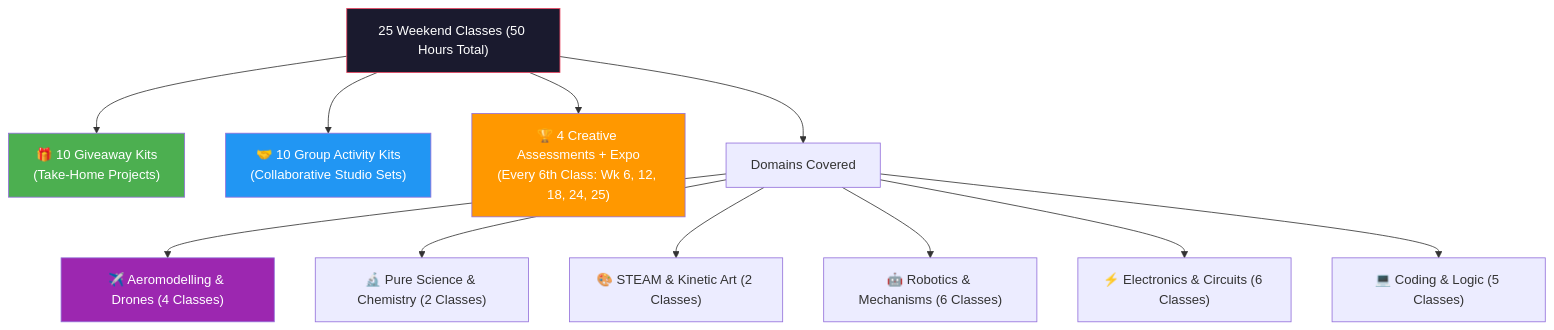
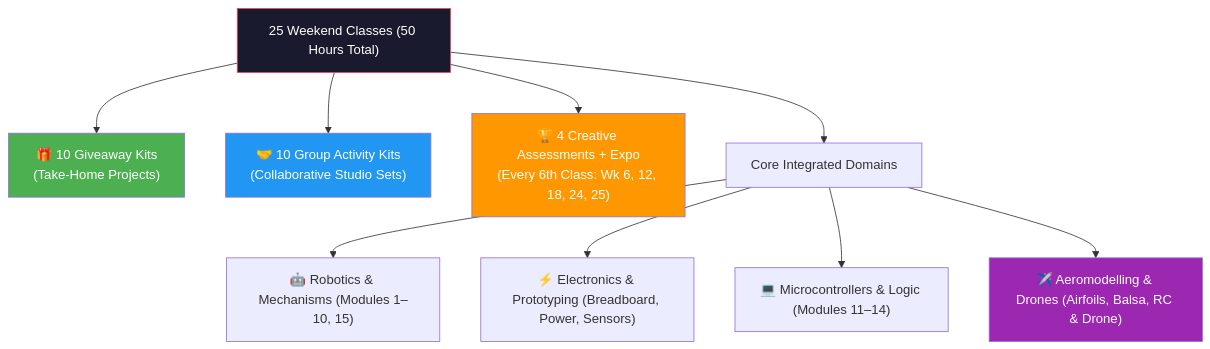
The first of 2 diagrams in Curriculum/GoodSoil_25_Class_Curriculum_Master.md (viz-lab-hue/Good-Soil), drawn with Mermaid before and after one commit. The commit also changed other lines of this file and 12 other files, not shown here.

````diff
--- a/Curriculum/GoodSoil_25_Class_Curriculum_Master.md
+++ b/Curriculum/GoodSoil_25_Class_Curriculum_Master.md
@@ -12,21 +13,19 @@
 ```mermaid
 graph TD
     TOT["25 Weekend Classes (50 Hours Total)"]
     TOT --> GIV["🎁 10 Giveaway Kits<br/>(Take-Home Projects)"]
     TOT --> GRP["🤝 10 Group Activity Kits<br/>(Collaborative Studio Sets)"]
     TOT --> ASS["🏆 4 Creative Assessments + Expo<br/>(Every 6th Class: Wk 6, 12, 18, 24, 25)"]
 
-    TOT --> DOM["Domains Covered"]
-    DOM --> AERO["✈️ Aeromodelling & Drones (4 Classes)"]
-    DOM --> SCI["🔬 Pure Science & Chemistry (2 Classes)"]
-    DOM --> ART["🎨 STEAM & Kinetic Art (2 Classes)"]
-    DOM --> ROB["🤖 Robotics & Mechanisms (6 Classes)"]
-    DOM --> ELEC["⚡ Electronics & Circuits (6 Classes)"]
-    DOM --> COD["💻 Coding & Logic (5 Classes)"]
+    TOT --> DOM["Core Integrated Domains"]
+    DOM --> ROB["🤖 Robotics & Mechanisms (Modules 1–10, 15)"]
+    DOM --> ELEC["⚡ Electronics & Prototyping (Breadboard, Power, Sensors)"]
+    DOM --> MCU["💻 Microcontrollers & Logic (Modules 11–14)"]
+    DOM --> AERO["✈️ Aeromodelling & Drones (Airfoils, Balsa, RC & Drone)"]
 
     style TOT fill:#1a1a2e,color:#fff,stroke:#e94560
     style GIV fill:#4CAF50,color:#fff
     style GRP fill:#2196F3,color:#fff
     style ASS fill:#FF9800,color:#fff
     style AERO fill:#9C27B0,color:#fff
 ```
````
